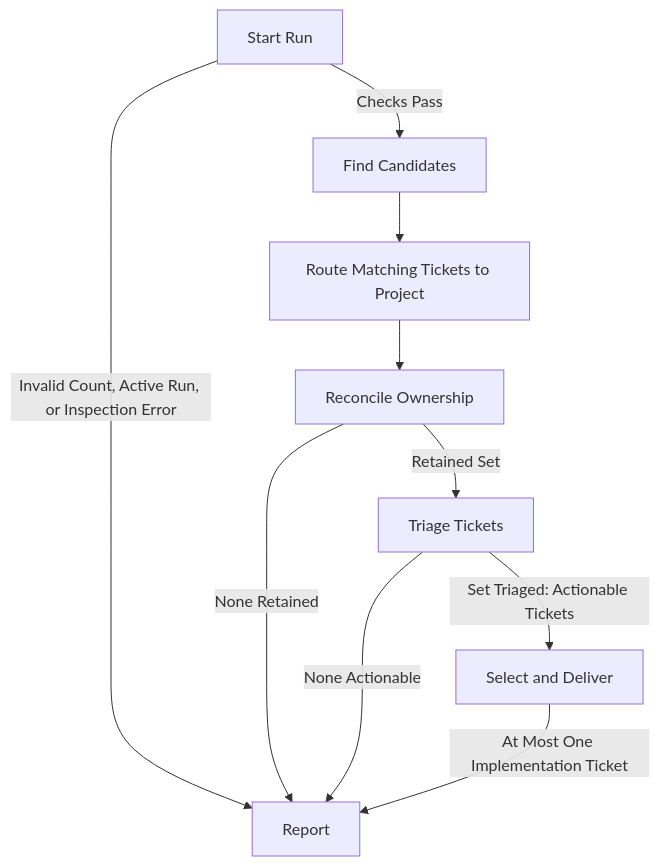
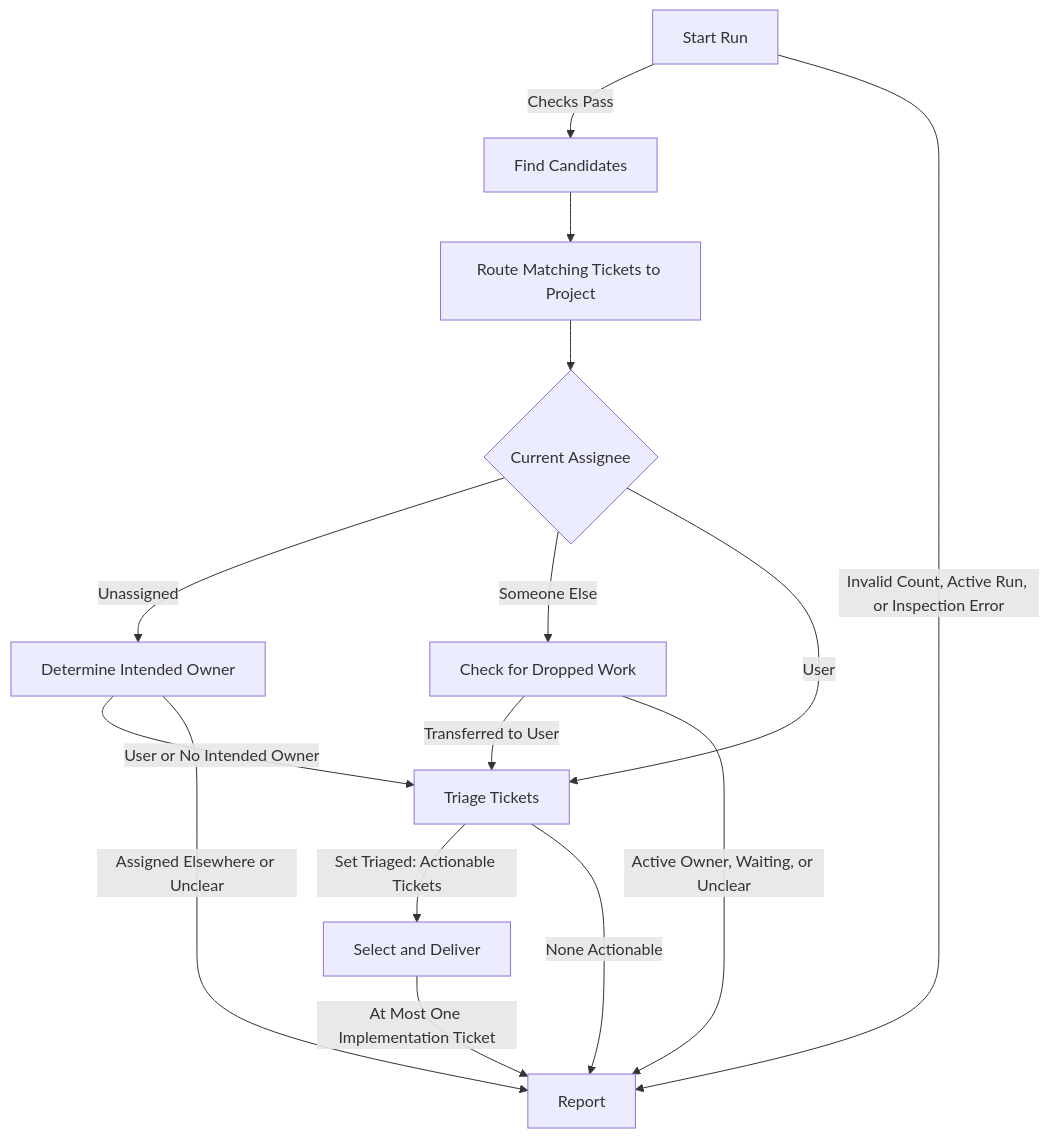
One commit to schmingle/config changed the diagram in .codex/skills/linear-ticket/SKILL.md. Above: the diagram before and after it, drawn with Mermaid. The commit also changed other lines of this file, not shown here.

First line of the commit message:
Focus ticket triage on ownership and handoffs

````diff
--- a/.codex/skills/linear-ticket/SKILL.md
+++ b/.codex/skills/linear-ticket/SKILL.md
@@ -27,12 +27,17 @@
 ```mermaid
 flowchart TD
     Start[Start Run] -->|Checks Pass| Find[Find Candidates]
     Start -->|Invalid Count, Active Run, or Inspection Error| Report[Report]
     Find --> Project[Route Matching Tickets to Project]
-    Project --> Filter[Reconcile Ownership]
-    Filter -->|Retained Set| Triage[Triage Tickets]
-    Filter -->|None Retained| Report
+    Project --> Owner{Current Assignee}
+    Owner -->|Unassigned| Assign[Determine Intended Owner]
+    Owner -->|Someone Else| Handoff[Check for Dropped Work]
+    Owner -->|User| Triage[Triage Tickets]
+    Assign -->|User or No Intended Owner| Triage
+    Assign -->|Assigned Elsewhere or Unclear| Report
+    Handoff -->|Transferred to User| Triage
+    Handoff -->|Active Owner, Waiting, or Unclear| Report
     Triage -->|Set Triaged: Actionable Tickets| Deliver[Select and Deliver]
     Triage -->|None Actionable| Report
     Deliver -->|At Most One Implementation Ticket| Report
 ```
````
